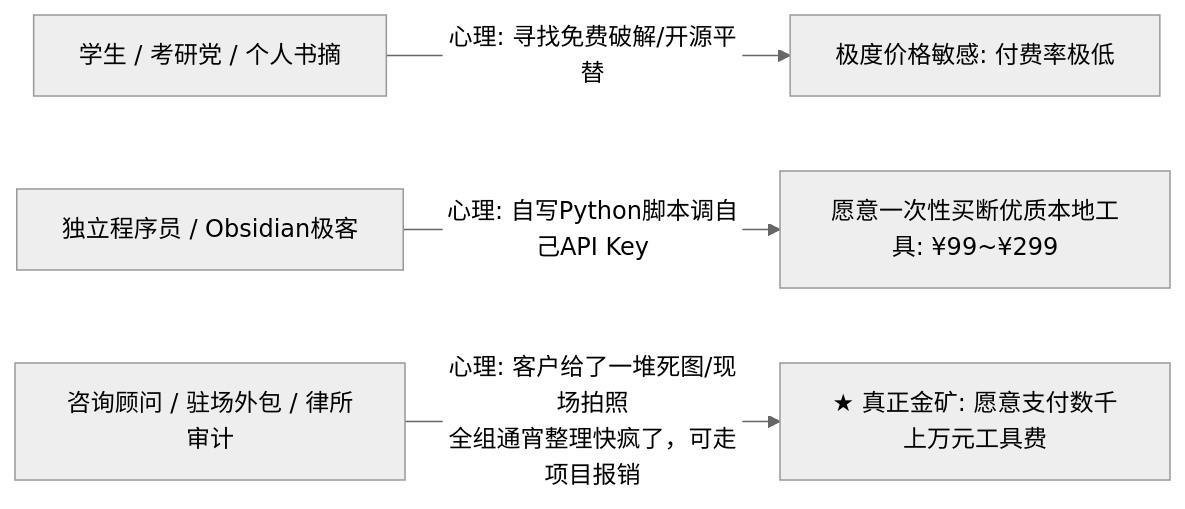
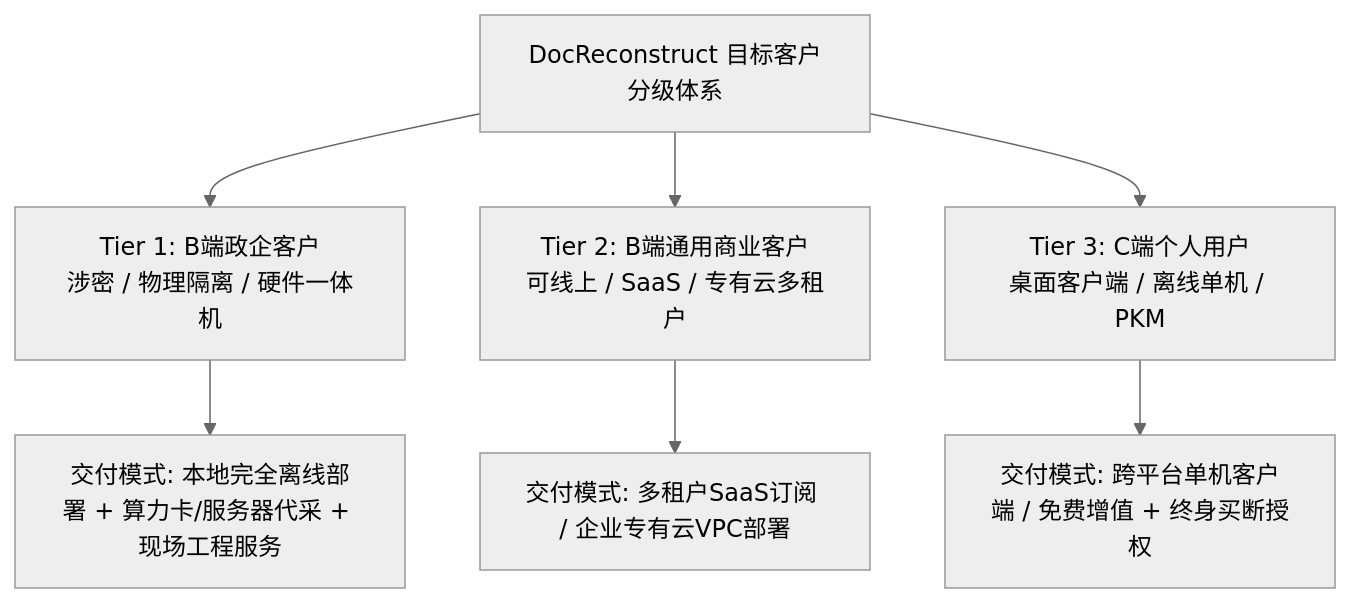
One commit to TK-zhang/tupian-zhuan-wendang changed the diagram in docs/01_市场调研与真实需求/04_目标客群画像与付费意愿分析.md. Above: the diagram before and after it, drawn with Mermaid (neutral theme). The commit also changed other lines of this file and 2 other files, not shown here.

````diff
--- a/docs/01_市场调研与真实需求/04_目标客群画像与付费意愿分析.md
+++ b/docs/01_市场调研与真实需求/04_目标客群画像与付费意愿分析.md
@@ -7,6 +7,10 @@
 ```mermaid
-flowchart LR
-    A[学生 / 考研党 / 个人书摘] -->|心理: 寻找免费破解/开源平替| A1[极度价格敏感: 付费率极低]
-    B[独立程序员 / Obsidian极客] -->|心理: 自写Python脚本调自己API Key| B1[愿意一次性买断优质本地工具: ¥99~¥299]
-    C[咨询顾问 / 驻场外包 / 律所审计] -->|心理: 客户给了一堆死图/现场拍照<br>全组通宵整理快疯了，可走项目报销| C1[★ 真正金矿: 愿意支付数千上万元工具费]
+flowchart TD
+    A[DocReconstruct 目标客户分级体系] --> B[Tier 1: B端政企客户<br>涉密 / 物理隔离 / 硬件一体机]
+    A --> C[Tier 2: B端通用商业客户<br>可线上 / SaaS / 专有云多租户]
+    A --> D[Tier 3: C端个人用户<br>桌面客户端 / 离线单机 / PKM]
+    
+    B --> B1[交付模式: 本地完全离线部署 + 算力卡/服务器代采 + 现场工程服务]
+    C --> C1[交付模式: 多租户SaaS订阅 / 企业专有云VPC部署]
+    D --> D1[交付模式: 跨平台单机客户端 / 免费增值 + 终身买断授权]
 ```
````
